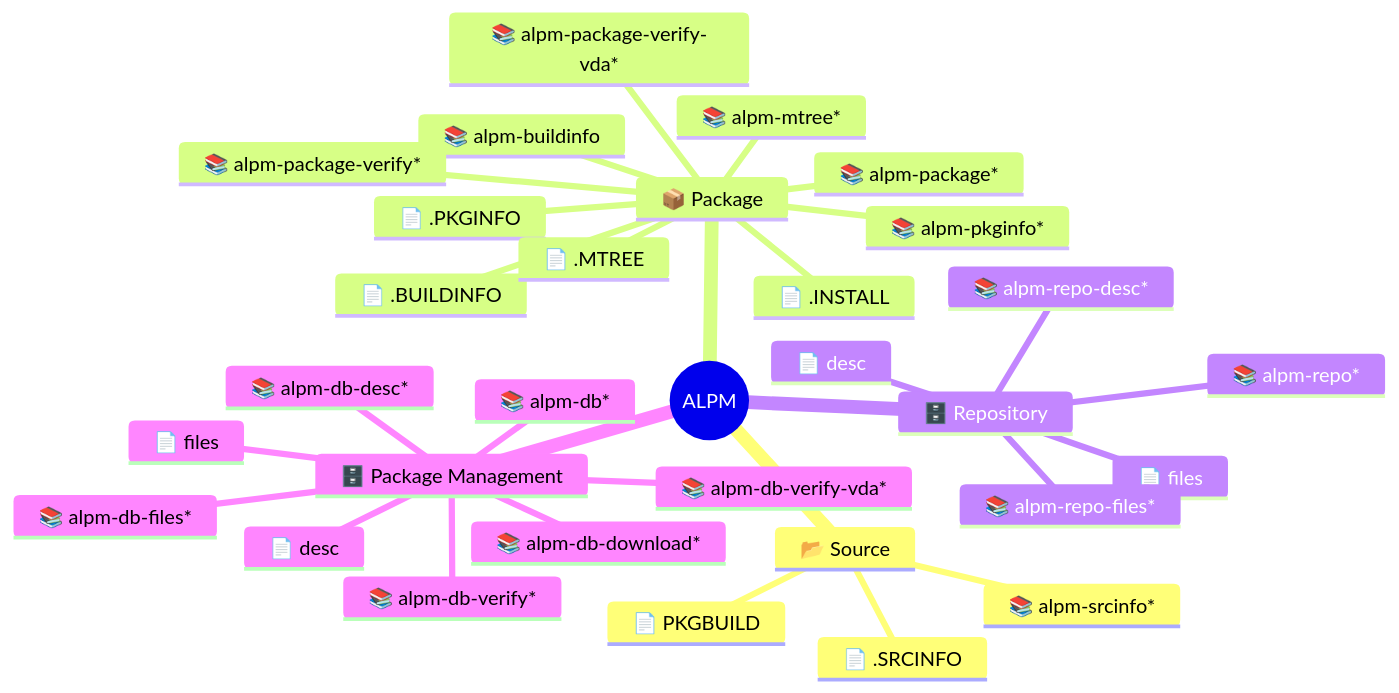
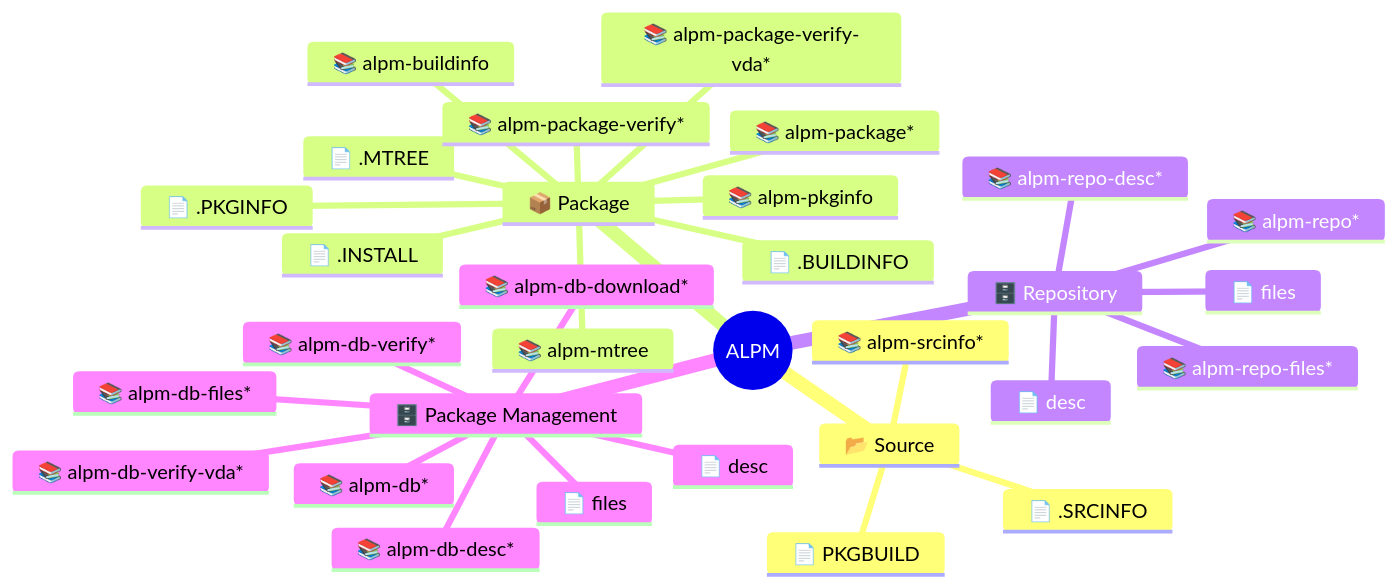
One commit to archlinux/alpm changed the diagram in README.md. Above: the diagram before and after it, drawn with Mermaid.

Commit message:
docs(README): Mark alpm-mtree and alpm-pkginfo crates as implemented

````diff
--- a/README.md
+++ b/README.md
@@ -23,34 +23,34 @@
 ```mermaid
 mindmap
   root((ALPM))
     📂 Source
       📄 PKGBUILD
       📄 .SRCINFO
       📚️ alpm-srcinfo*
     📦 Package
       📄 .BUILDINFO
       📄 .PKGINFO
       📄 .INSTALL
       📄 .MTREE
       📚️ alpm-buildinfo
-      📚️ alpm-pkginfo*
-      📚️ alpm-mtree*
+      📚️ alpm-pkginfo
+      📚️ alpm-mtree
       📚️ alpm-package*
       📚️ alpm-package-verify*
       📚️ alpm-package-verify-vda*
     🗄️ Repository
       📄 desc
       📄 files
       📚️ alpm-repo*
       📚️ alpm-repo-desc*
       📚️ alpm-repo-files*
     🗄️ Package Management
       📄 desc
       📄 files
       📚️ alpm-db*
       📚️ alpm-db-desc*
       📚️ alpm-db-download*
       📚️ alpm-db-files*
       📚️ alpm-db-verify*
       📚️ alpm-db-verify-vda*
 ```
````
